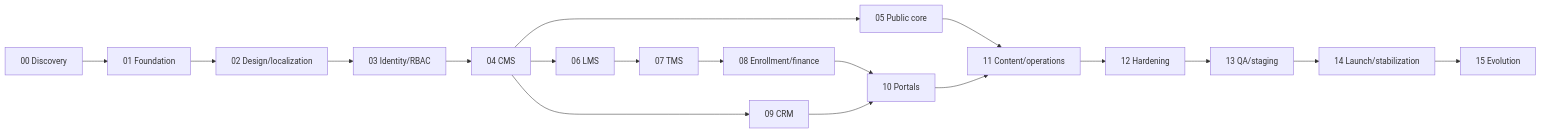
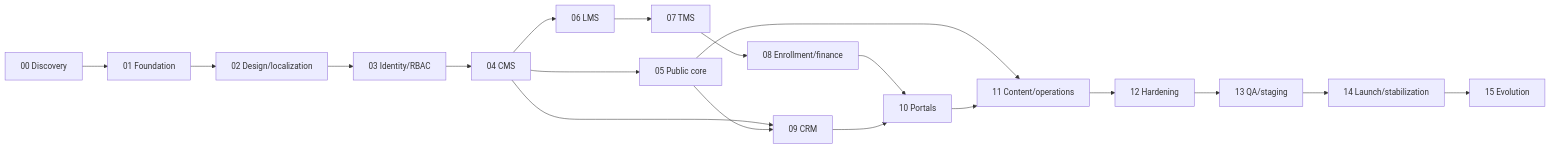
The diagram in docs/ROADMAP.md (soobujmiah/onskillit-platform), drawn with Mermaid before and after one commit. The commit also changed other lines of this file and 32 other files, not shown here.

````diff
--- a/docs/ROADMAP.md
+++ b/docs/ROADMAP.md
@@ -5,11 +5,12 @@
 ```mermaid
 flowchart LR
 A[00 Discovery] --> B[01 Foundation] --> C[02 Design/localization] --> D[03 Identity/RBAC]
 D --> E[04 CMS] --> F[05 Public core]
 E --> G[06 LMS] --> H[07 TMS] --> I[08 Enrollment/finance]
 E --> J[09 CRM]
+F --> J
 I --> K[10 Portals]
 J --> K
 F --> L[11 Content/operations]
 K --> L --> M[12 Hardening] --> N[13 QA/staging] --> O[14 Launch/stabilization] --> P[15 Evolution]
 ```
````
